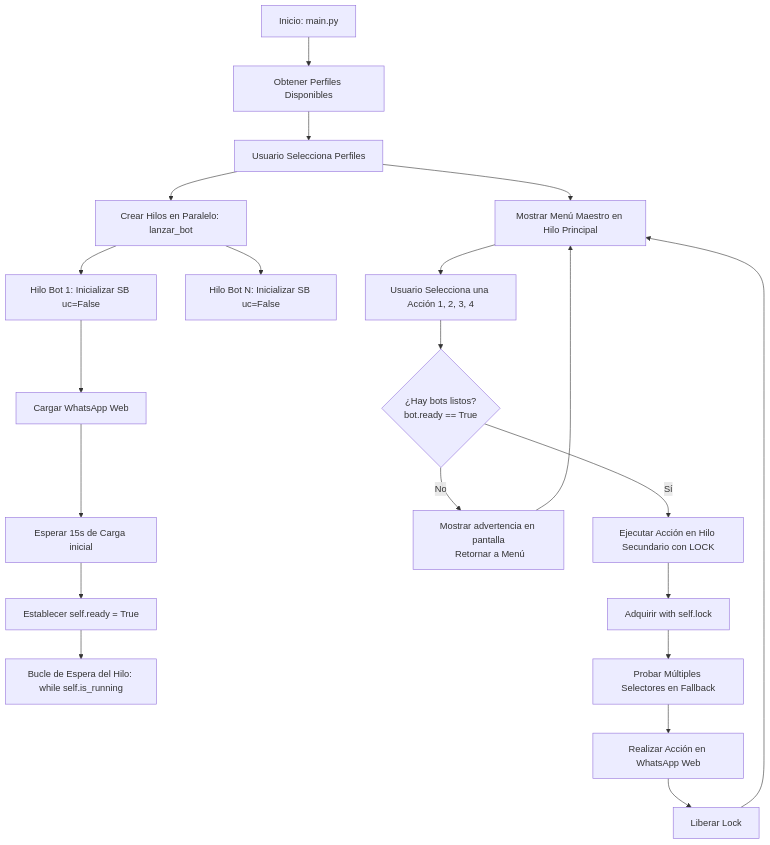
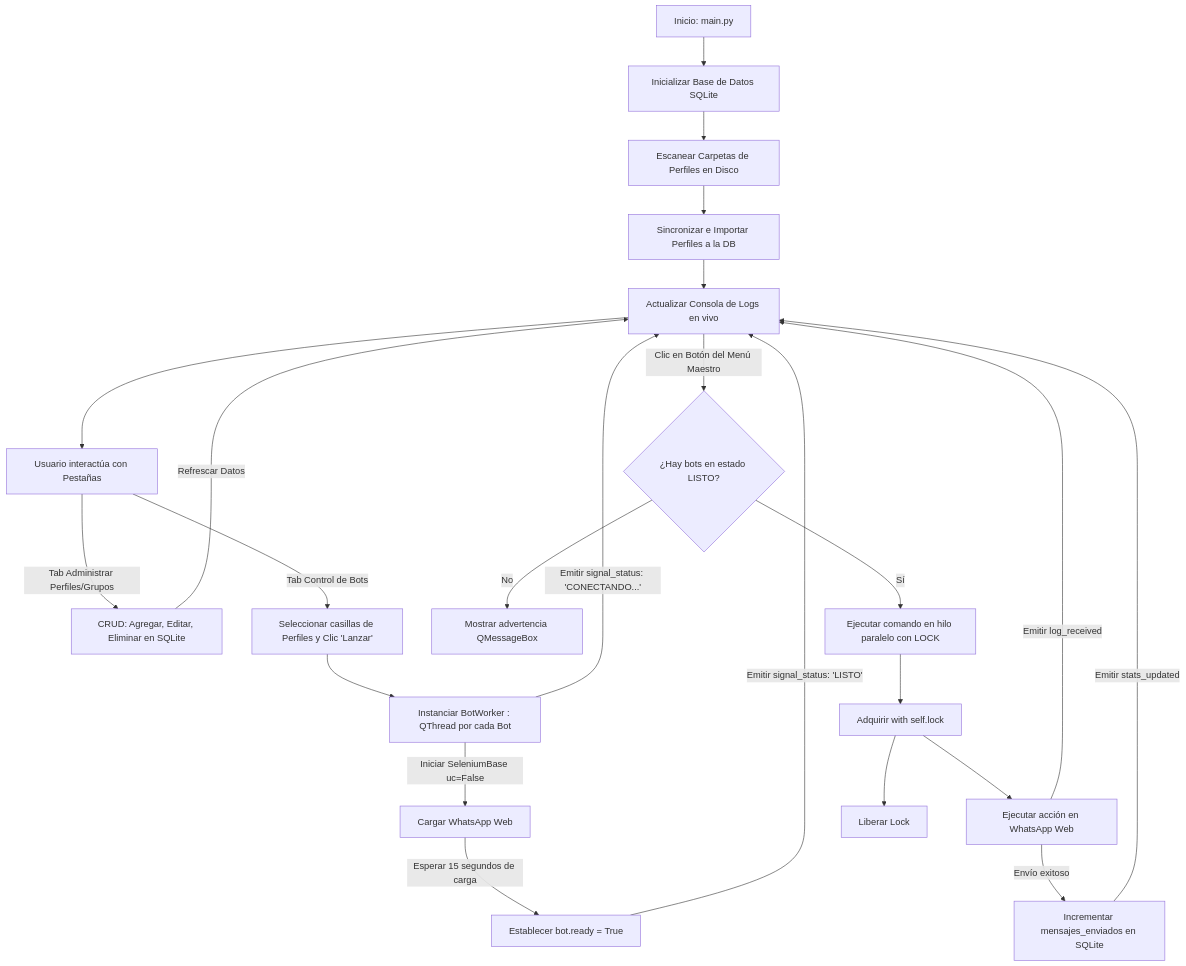
The diagram in sin-ui/FLUJO.md (Escandonn/2-version-creacion-arquiteectura), drawn with Mermaid before and after one commit. The commit also changed other lines of this file and 6 other files, not shown here.

````diff
--- a/sin-ui/FLUJO.md
+++ b/sin-ui/FLUJO.md
@@ -9,28 +9,32 @@
 ```mermaid
 graph TD
-    A[Inicio: main.py] --> B[Obtener Perfiles Disponibles]
-    B --> C[Usuario Selecciona Perfiles]
-    C --> D[Crear Hilos en Paralelo: lanzar_bot]
-    D --> E1[Hilo Bot 1: Inicializar SB uc=False]
-    D --> E2[Hilo Bot N: Inicializar SB uc=False]
+    A[Inicio: main.py] --> B[Inicializar Base de Datos SQLite]
+    B --> C[Escanear Carpetas de Perfiles en Disco]
+    C --> D[Sincronizar e Importar Perfiles a la DB]
+    D --> E[Lanzar Ventana Principal PyQt5 - Dark Mode]
     
-    E1 --> F1[Cargar WhatsApp Web]
-    F1 --> G1[Esperar 15s de Carga inicial]
-    G1 --> H1[Establecer self.ready = True]
+    E --> F[Usuario interactúa con Pestañas]
     
-    H1 --> I[Bucle de Espera del Hilo: while self.is_running]
+    %% Flujo CRUD Perfiles/Grupos
+    F -->|Tab Administrar Perfiles/Grupos| G[CRUD: Agregar, Editar, Eliminar en SQLite]
+    G -->|Refrescar Datos| E
     
-    C --> J[Mostrar Menú Maestro en Hilo Principal]
-    J --> K[Usuario Selecciona una Acción 1, 2, 3, 4]
+    %% Flujo Lanzamiento de Bots
+    F -->|Tab Control de Bots| H[Seleccionar casillas de Perfiles y Clic 'Lanzar']
+    H --> I[Instanciar BotWorker : QThread por cada Bot]
+    I -->|Emitir signal_status: 'CONECTANDO...'| E
+    I -->|Iniciar SeleniumBase uc=False| J[Cargar WhatsApp Web]
+    J -->|Esperar 15 segundos de carga| K[Establecer bot.ready = True]
+    K -->|Emitir signal_status: 'LISTO'| E
     
-    K --> L{¿Hay bots listos? \n bot.ready == True}
-    L -- No --> M[Mostrar advertencia en pantalla\n Retornar a Menú]
-    M --> J
-    
-    L -- Sí --> N[Ejecutar Acción en Hilo Secundario con LOCK]
+    %% Comandos del Menú Maestro
+    E -->|Clic en Botón del Menú Maestro| L{¿Hay bots en estado LISTO?}
+    L -- No --> M[Mostrar advertencia QMessageBox]
+    L -- Sí --> N[Ejecutar comando en hilo paralelo con LOCK]
     N --> O[Adquirir with self.lock]
-    O --> P[Probar Múltiples Selectores en Fallback]
-    P --> Q[Realizar Acción en WhatsApp Web]
-    Q --> R[Liberar Lock]
-    R --> J
+    O --> P[Ejecutar acción en WhatsApp Web]
+    P -->|Envío exitoso| Q[Incrementar mensajes_enviados en SQLite]
+    Q -->|Emitir stats_updated| E
+    P -->|Emitir log_received| E[Actualizar Consola de Logs en vivo]
+    O --> R[Liberar Lock]
 ```
````
